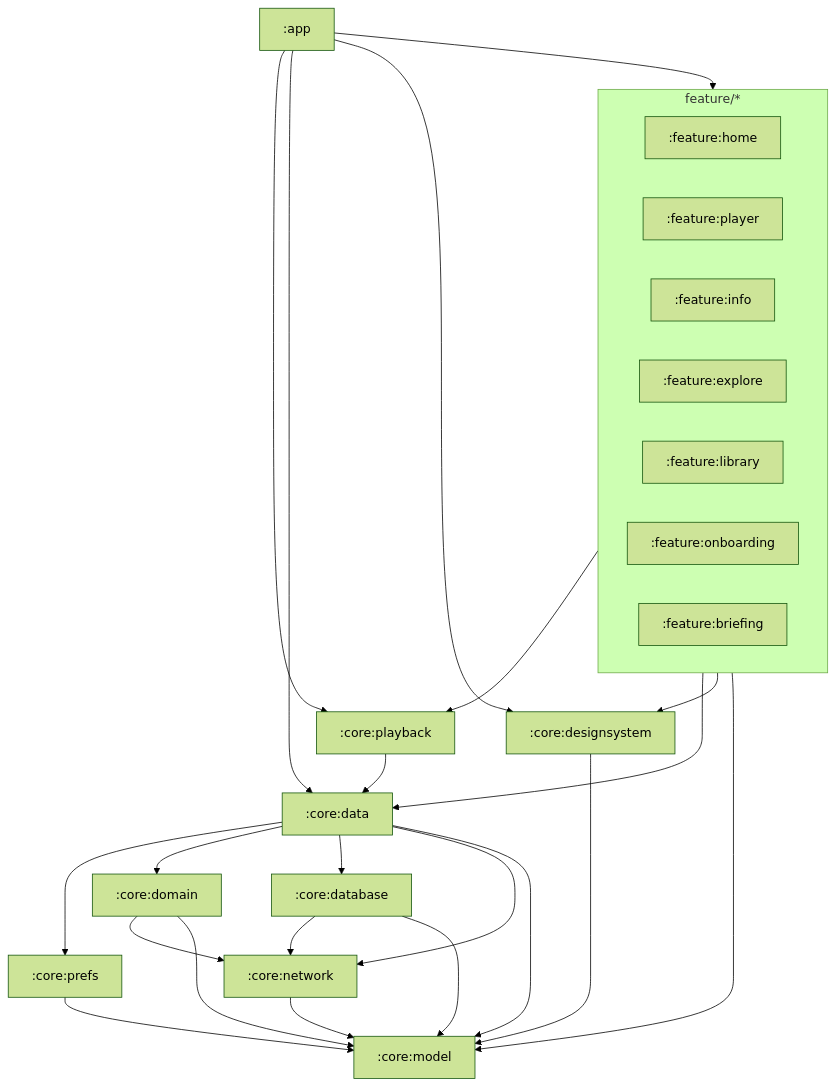
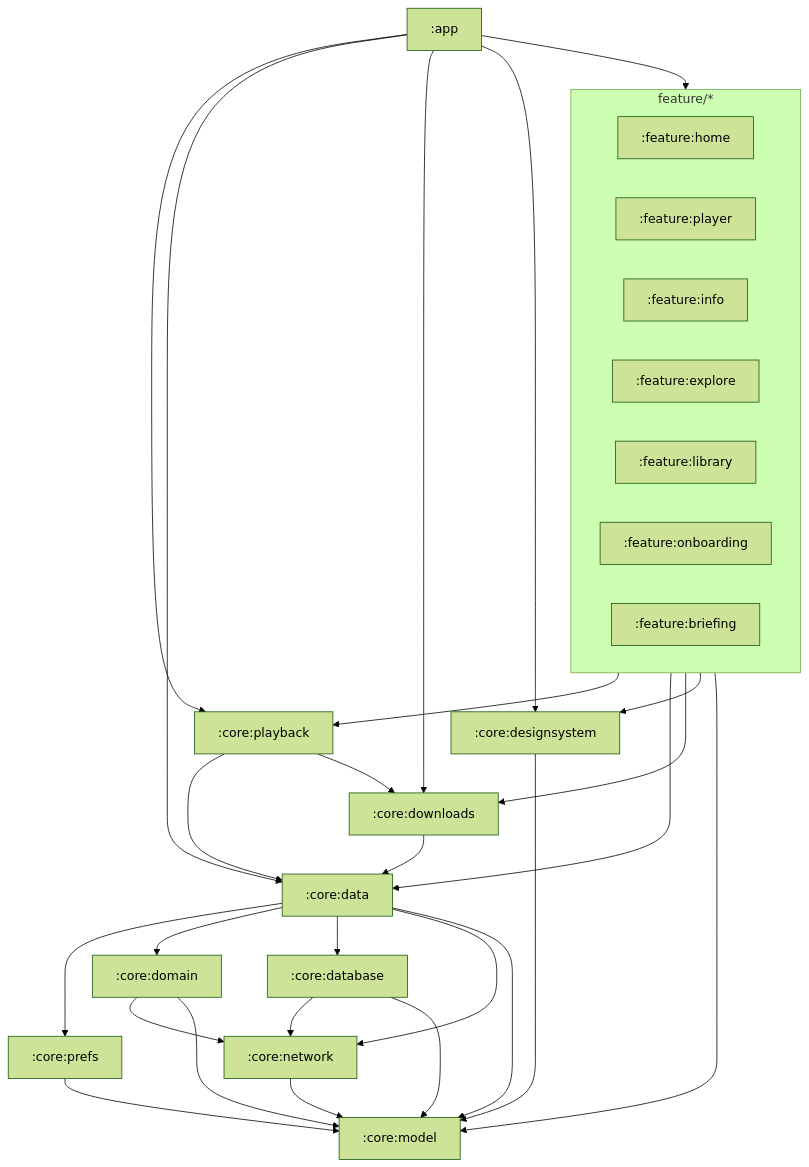
Before and after one commit to boxcreate/boxlore: the diagram in ARCHITECTURE.md, drawn with Mermaid (forest theme). The commit also changed other lines of this file and 28 other files, not shown here.

````diff
--- a/ARCHITECTURE.md
+++ b/ARCHITECTURE.md
@@ -39,43 +40,48 @@
 ```mermaid
 flowchart TB
   app[:app]
   subgraph features [feature/*]
     home[:feature:home]
     player[:feature:player]
     info[:feature:info]
     explore[:feature:explore]
     library[:feature:library]
     onboarding[:feature:onboarding]
     briefing[:feature:briefing]
   end
   playback[:core:playback]
   data[:core:data]
+  downloads[:core:downloads]
   prefs[:core:prefs]
   domain[:core:domain]
   database[:core:database]
   network[:core:network]
   design[:core:designsystem]
   model[:core:model]
 
   app --> features
   app --> playback
   app --> data
+  app --> downloads
   app --> design
   features --> playback
   features --> data
+  features --> downloads
   features --> design
   features --> model
   playback --> data
+  playback --> downloads
+  downloads --> data
   data --> prefs
   data --> domain
   data --> database
   data --> network
   data --> model
   prefs --> model
   domain --> network
   domain --> model
   database --> network
   database --> model
   design --> model
   network --> model
 ```
````
